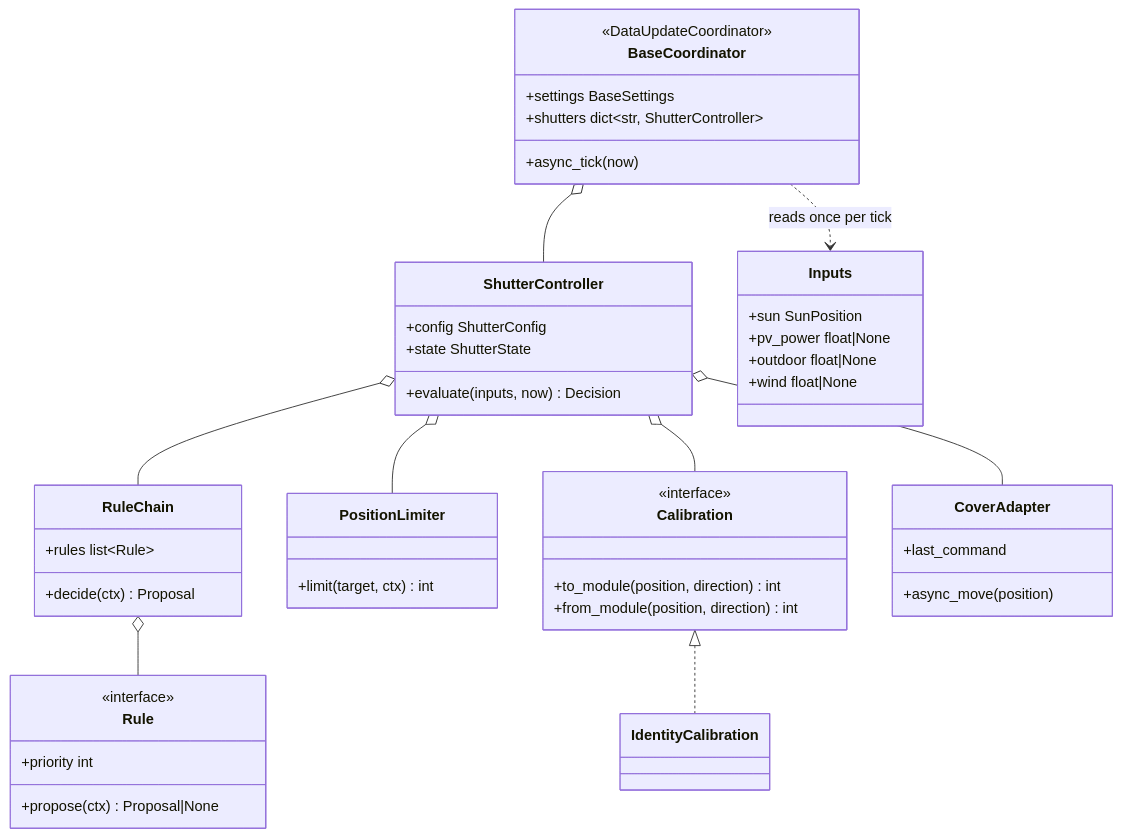
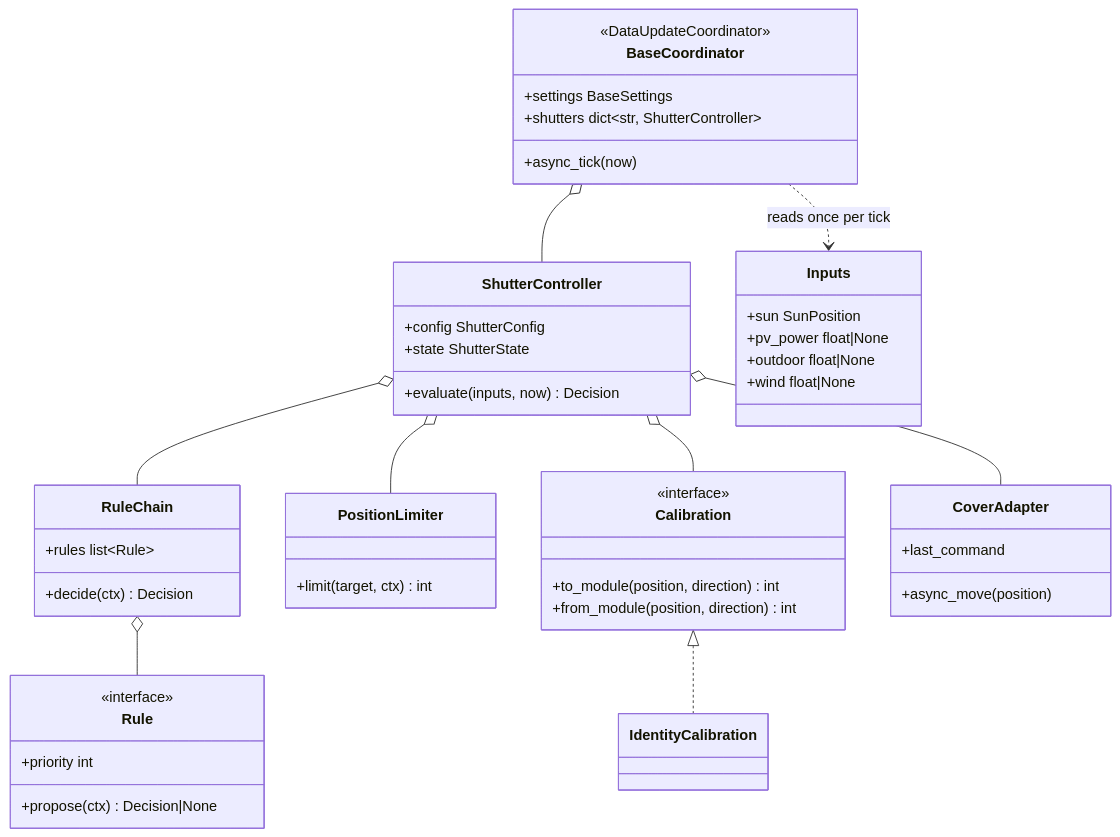
The third of 3 diagrams in docs/design/2026-11-19-base-controller-and-shutters.md (abroeders/smart-shutter-control), drawn with Mermaid before and after one commit. The commit also changed other lines of this file and 2 other files, not shown here.

Commit message:
docs: architecture and UML of the base controller and shutters; design approved (#2)

````diff
--- a/docs/design/2026-11-19-base-controller-and-shutters.md
+++ b/docs/design/2026-11-19-base-controller-and-shutters.md
@@ -131,50 +131,50 @@
 ```mermaid
 classDiagram
     class BaseCoordinator {
         <<DataUpdateCoordinator>>
         +settings BaseSettings
         +shutters dict~str, ShutterController~
         +async_tick(now)
     }
     class ShutterController {
         +config ShutterConfig
         +state ShutterState
         +evaluate(inputs, now) Decision
     }
     class RuleChain {
         +rules list~Rule~
-        +decide(ctx) Proposal
+        +decide(ctx) Decision
     }
     class Rule {
         <<interface>>
         +priority int
-        +propose(ctx) Proposal|None
+        +propose(ctx) Decision|None
     }
     class PositionLimiter {
         +limit(target, ctx) int
     }
     class Calibration {
         <<interface>>
         +to_module(position, direction) int
         +from_module(position, direction) int
     }
     class IdentityCalibration
     class CoverAdapter {
         +async_move(position)
         +last_command
     }
     class Inputs {
         +sun SunPosition
         +pv_power float|None
         +outdoor float|None
         +wind float|None
     }
     BaseCoordinator o-- ShutterController
     ShutterController o-- RuleChain
     RuleChain o-- Rule
     ShutterController o-- PositionLimiter
     ShutterController o-- Calibration
     Calibration <|.. IdentityCalibration
     ShutterController o-- CoverAdapter
     BaseCoordinator ..> Inputs : reads once per tick
 ```
````
